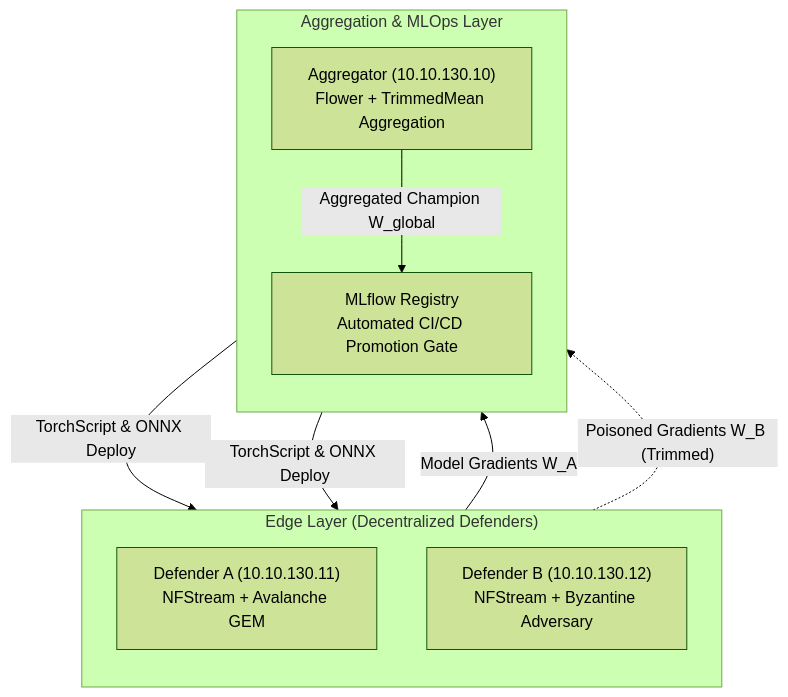
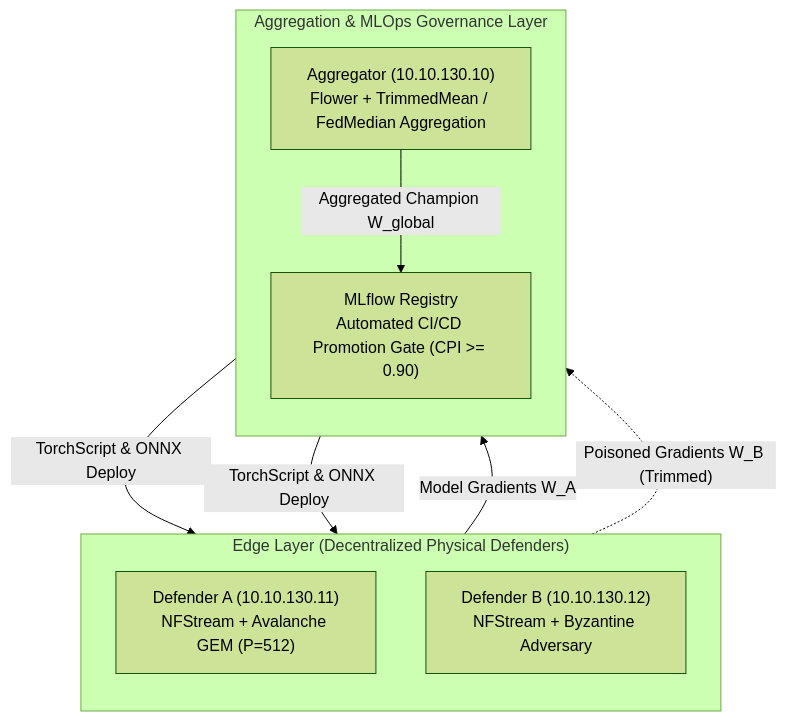
Before and after one commit to rhaffle87/fcl: the diagram in docs/paper/manuscript.md, drawn with Mermaid (forest theme). The commit also changed other lines of this file and 5 other files, not shown here.

````diff
--- a/docs/paper/manuscript.md
+++ b/docs/paper/manuscript.md
@@ -39,20 +39,20 @@
 ```mermaid
 flowchart TD
-    subgraph Edge ["Edge Layer (Decentralized Defenders)"]
+    subgraph Edge ["Edge Layer (Decentralized Physical Defenders)"]
         direction TB
-        DA["Defender A (10.10.130.11)<br/>NFStream + Avalanche GEM"]
+        DA["Defender A (10.10.130.11)<br/>NFStream + Avalanche GEM (P=512)"]
         DB["Defender B (10.10.130.12)<br/>NFStream + Byzantine Adversary"]
     end
 
-    subgraph Aggregation ["Aggregation & MLOps Layer"]
+    subgraph Aggregation ["Aggregation & MLOps Governance Layer"]
         direction TB
-        AG["Aggregator (10.10.130.10)<br/>Flower + TrimmedMean Aggregation"]
-        ML["MLflow Registry<br/>Automated CI/CD Promotion Gate"]
+        AG["Aggregator (10.10.130.10)<br/>Flower + TrimmedMean / FedMedian Aggregation"]
+        ML["MLflow Registry<br/>Automated CI/CD Promotion Gate (CPI >= 0.90)"]
     end
 
     DA -->|"Model Gradients W_A"| AG
     DB -.->|"Poisoned Gradients W_B (Trimmed)"| AG
     AG -->|"Aggregated Champion W_global"| ML
     ML -->|"TorchScript & ONNX Deploy"| DA
     ML -->|"TorchScript & ONNX Deploy"| DB
 ```
````
